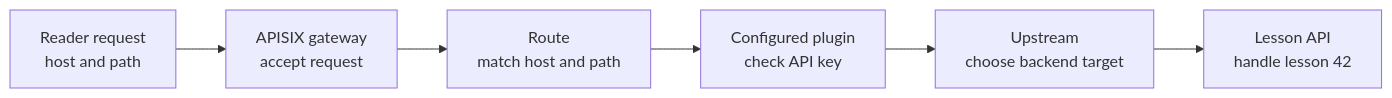
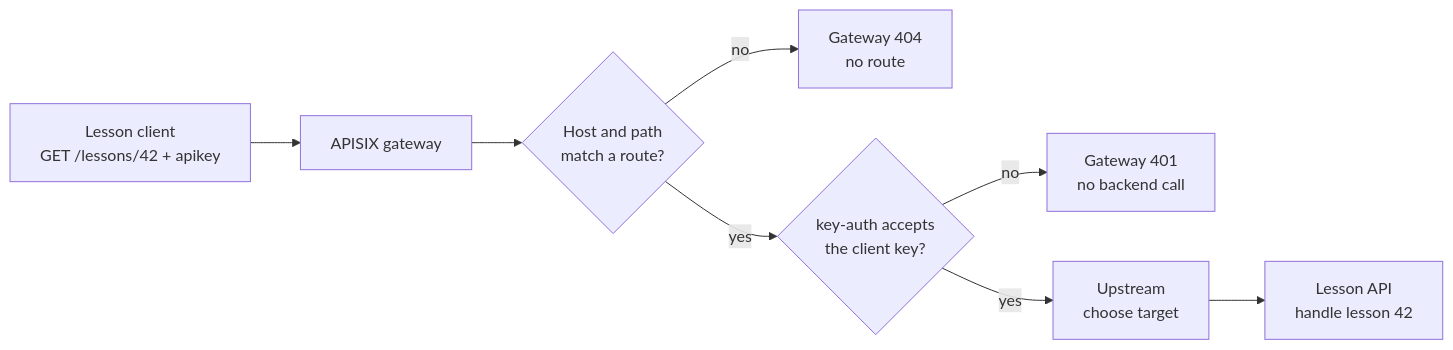
The first of 2 diagrams in knowledge/kubernetes/applications-and-tools/apache-apisix.md (David-A18/MY-humble-knowledge-for-everyone), drawn with Mermaid before and after one commit. The commit also changed other lines of this file and 6 other files, not shown here.

Commit message:
Clarify APISIX gateway introduction and key-auth flow

````diff
--- a/knowledge/kubernetes/applications-and-tools/apache-apisix.md
+++ b/knowledge/kubernetes/applications-and-tools/apache-apisix.md
@@ -57,8 +90,10 @@
 ```mermaid
 flowchart LR
-  reader["Reader request<br/>host and path"] --> gateway["APISIX gateway<br/>accept request"]
-  gateway --> route["Route<br/>match host and path"]
-  route --> plugin["Configured plugin<br/>check API key"]
-  plugin --> upstream["Upstream<br/>choose backend target"]
+  client["Lesson client<br/>GET /lessons/42 + apikey"] --> gateway["APISIX gateway"]
+  gateway --> route{"Host and path<br/>match a route?"}
+  route -- no --> noRoute["Gateway 404<br/>no route"]
+  route -- yes --> auth{"key-auth accepts<br/>the client key?"}
+  auth -- no --> denied["Gateway 401<br/>no backend call"]
+  auth -- yes --> upstream["Upstream<br/>choose target"]
   upstream --> app["Lesson API<br/>handle lesson 42"]
 ```
````
